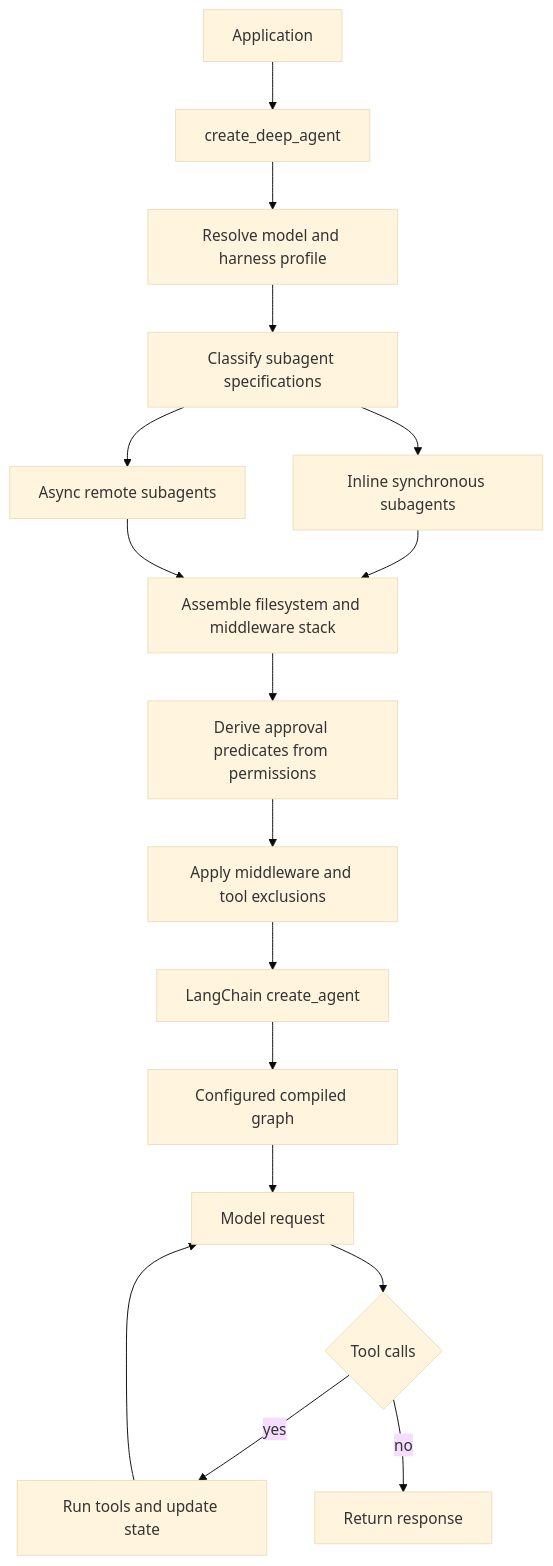
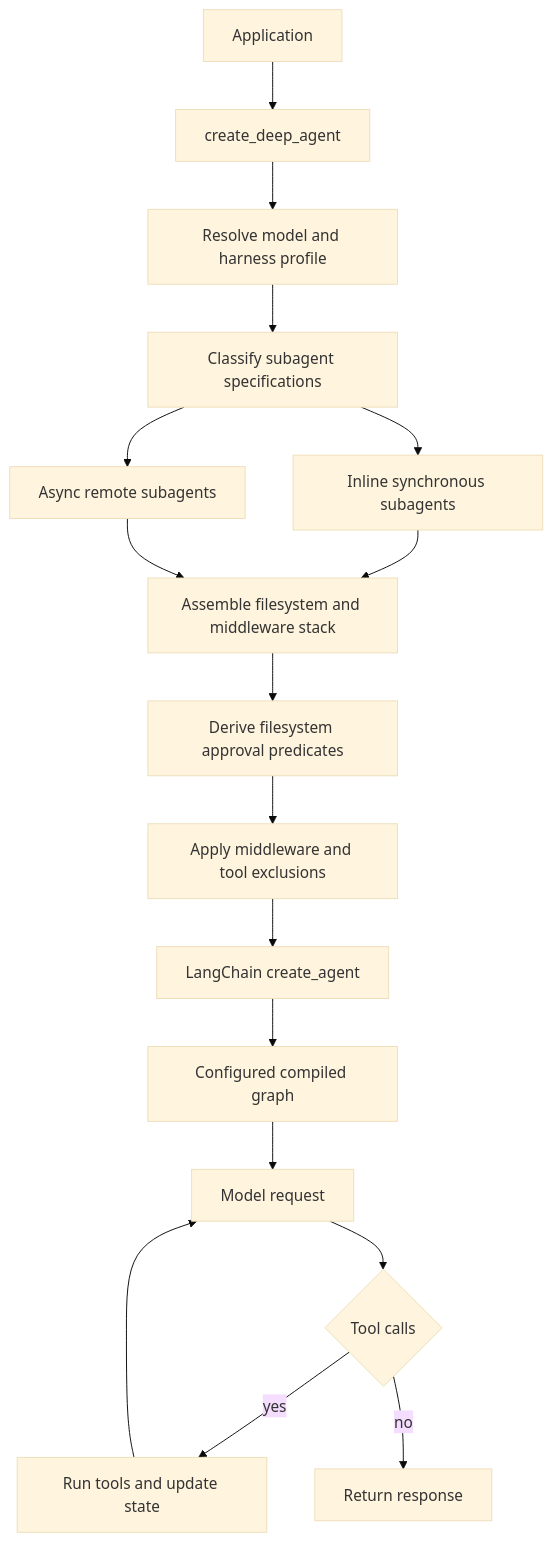
One commit to langchain-ai/deepagents changed the first of 2 diagrams in openwiki/architecture/sdk-construction-execution.md. Above: the diagram before and after it, drawn with Mermaid (base theme). The commit also changed other lines of this file and 30 other files, not shown here.

````diff
--- a/openwiki/architecture/sdk-construction-execution.md
+++ b/openwiki/architecture/sdk-construction-execution.md
@@ -37,19 +43,19 @@
 ```mermaid
 flowchart TD
     App["Application"] --> Builder["create_deep_agent"]
     Builder --> Resolve["Resolve model and harness profile"]
     Resolve --> Classify["Classify subagent specifications"]
     Classify --> Sync["Inline synchronous subagents"]
     Classify --> Remote["Async remote subagents"]
     Sync --> Assemble["Assemble filesystem and middleware stack"]
     Remote --> Assemble
-    Assemble --> Approval["Derive approval predicates from permissions"]
+    Assemble --> Approval["Derive filesystem approval predicates"]
     Approval --> Filter["Apply middleware and tool exclusions"]
     Filter --> Compile["LangChain create_agent"]
     Compile --> Graph["Configured compiled graph"]
     Graph --> Request["Model request"]
     Request --> Calls{"Tool calls"}
     Calls -->|"yes"| Tools["Run tools and update state"]
     Tools --> Request
     Calls -->|"no"| Finish["Return response"]
 ```
````
